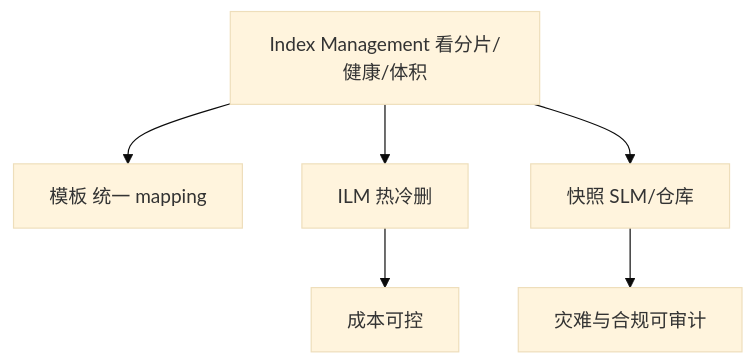
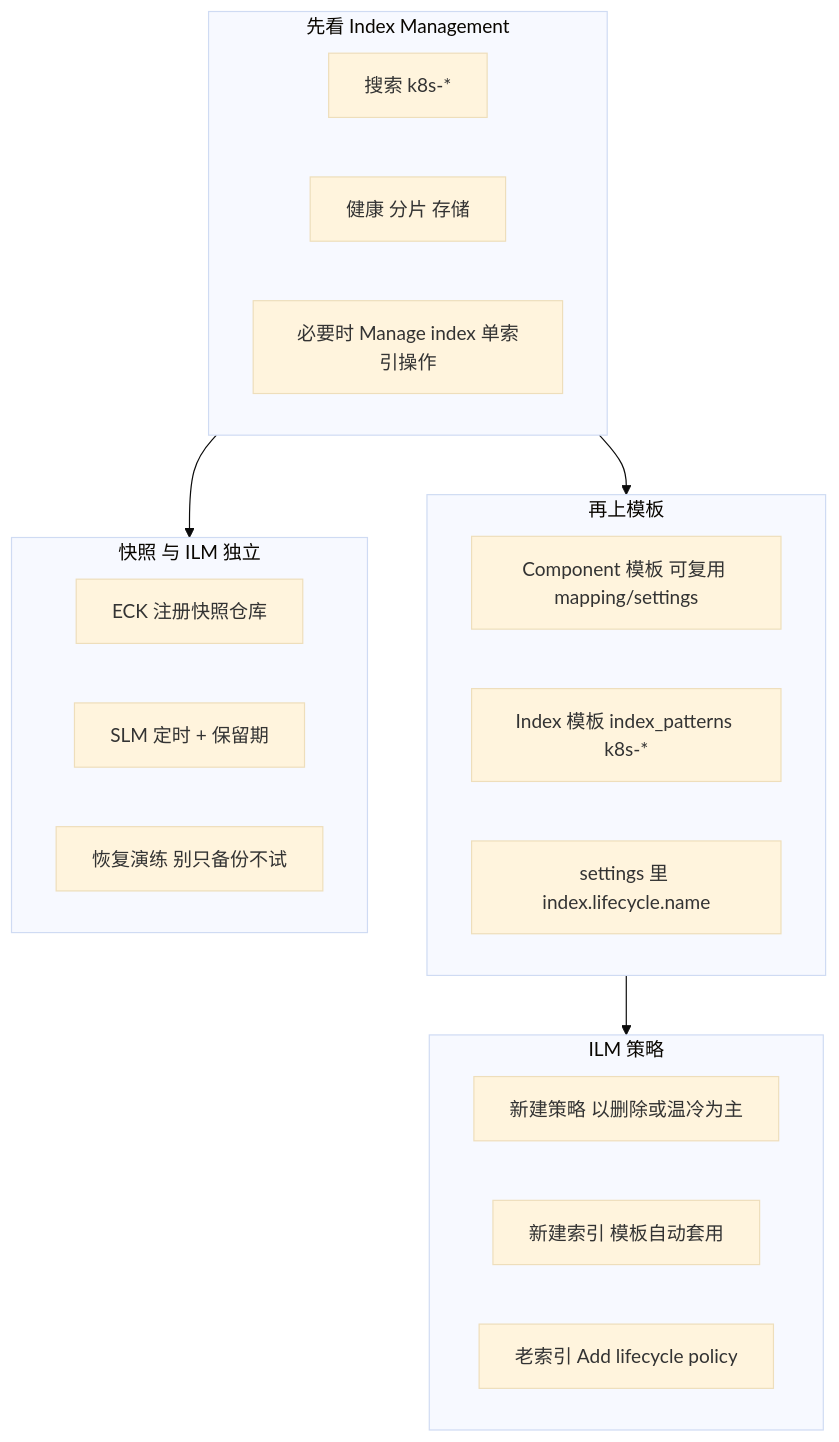
Before and after one commit to brinnatt/kubeauto: diagram 24 of 37 in docs/efk/EFK.md, drawn with Mermaid (base theme). The commit also changed other lines of this file and 1 other file, not shown here.

````diff
--- a/docs/efk/EFK.md
+++ b/docs/efk/EFK.md
@@ -1413,8 +1559,26 @@
 ```mermaid
 flowchart TB
-  IM[Index Management 看分片/健康/体积] --> TPL[模板 统一 mapping]
-  IM --> ILM[ILM 热冷删]
-  IM --> SS[快照 SLM/仓库]
-  ILM --> COST[成本可控]
-  SS --> DR[灾难与合规可审计]
+  subgraph observe[先看 Index Management]
+    O1[搜索 k8s-*]
+    O2[健康 分片 存储]
+    O3[必要时 Manage index 单索引操作]
+  end
+  subgraph template[再上模板]
+    T1[Component 模板 可复用 mapping/settings]
+    T2[Index 模板 index_patterns k8s-*]
+    T3[settings 里 index.lifecycle.name]
+  end
+  subgraph ilm[ILM 策略]
+    L1[新建策略 以删除或温冷为主]
+    L2[新建索引 模板自动套用]
+    L3[老索引 Add lifecycle policy]
+  end
+  subgraph snap[快照 与 ILM 独立]
+    S1[ECK 注册快照仓库]
+    S2[SLM 定时 + 保留期]
+    S3[恢复演练 别只备份不试]
+  end
+  observe --> template
+  template --> ilm
+  observe --> snap
 ```
````
